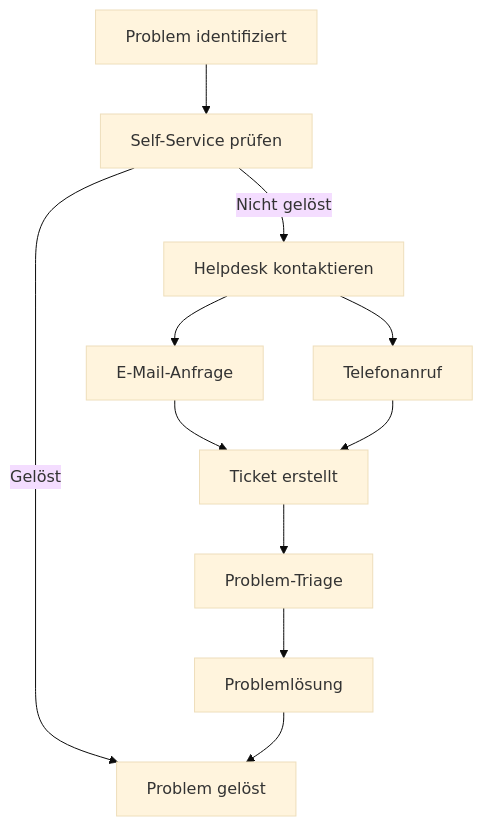
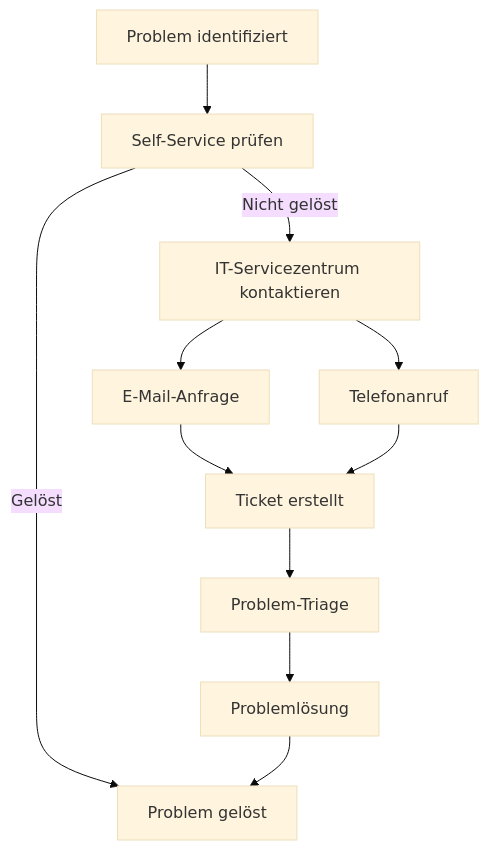
Before and after one commit to jtimo/tum-ito-admin-guide: the first of 3 diagrams in de/chapters/07-support-ressourcen.qmd, drawn with Mermaid (base theme). The commit also changed other lines of this file and 21 other files, not shown here.

````diff
--- a/de/chapters/07-support-ressourcen.qmd
+++ b/de/chapters/07-support-ressourcen.qmd
@@ -24,18 +25,18 @@
 ```{mermaid}
 %%| fig-cap: "Support-Anfrage-Workflow"
 flowchart TB
     Issue["Problem identifiziert"]
     Issue --> Self["Self-Service prüfen"]
     Self --> |Gelöst| Done["Problem gelöst"]
-    Self --> |Nicht gelöst| Contact["Helpdesk kontaktieren"]
+    Self --> |Nicht gelöst| Contact["IT-Servicezentrum kontaktieren"]
 
     Contact --> Email["E-Mail-Anfrage"]
     Contact --> Phone["Telefonanruf"]
 
     Email --> Ticket["Ticket erstellt"]
     Phone --> Ticket
 
     Ticket --> Triage["Problem-Triage"]
     Triage --> Resolution["Problemlösung"]
     Resolution --> Done
 ```
````
